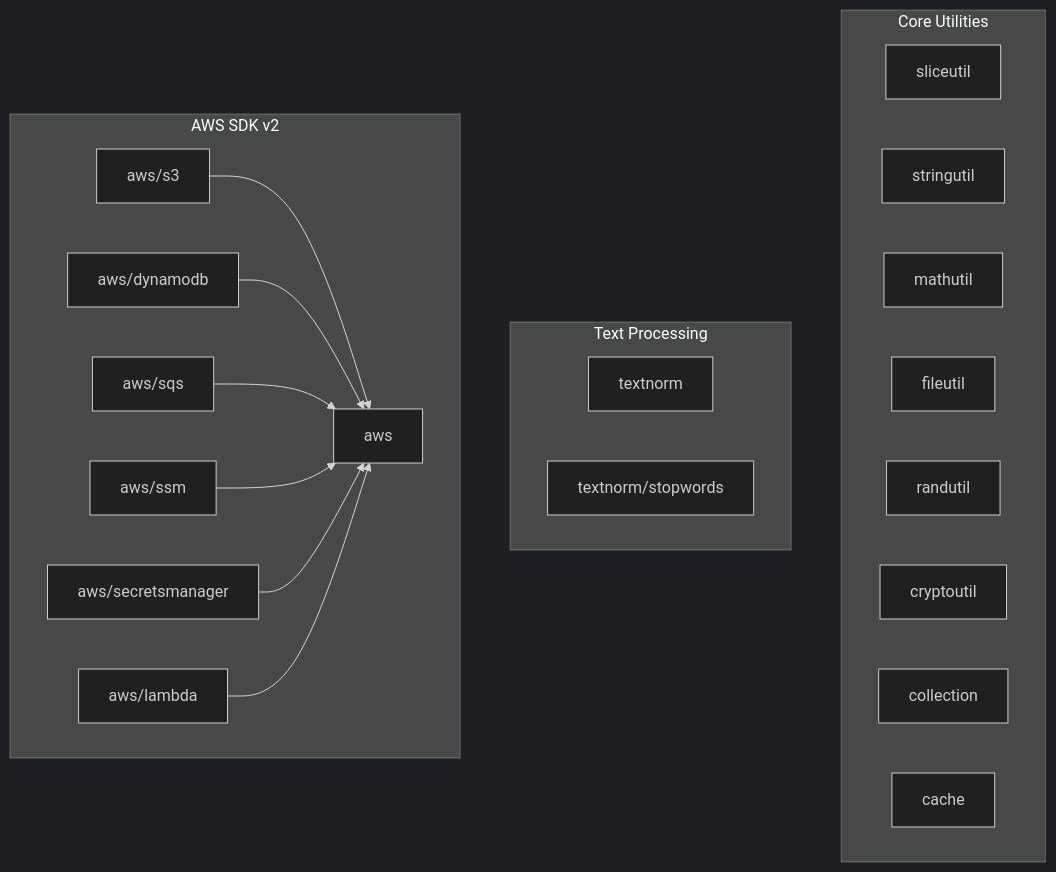
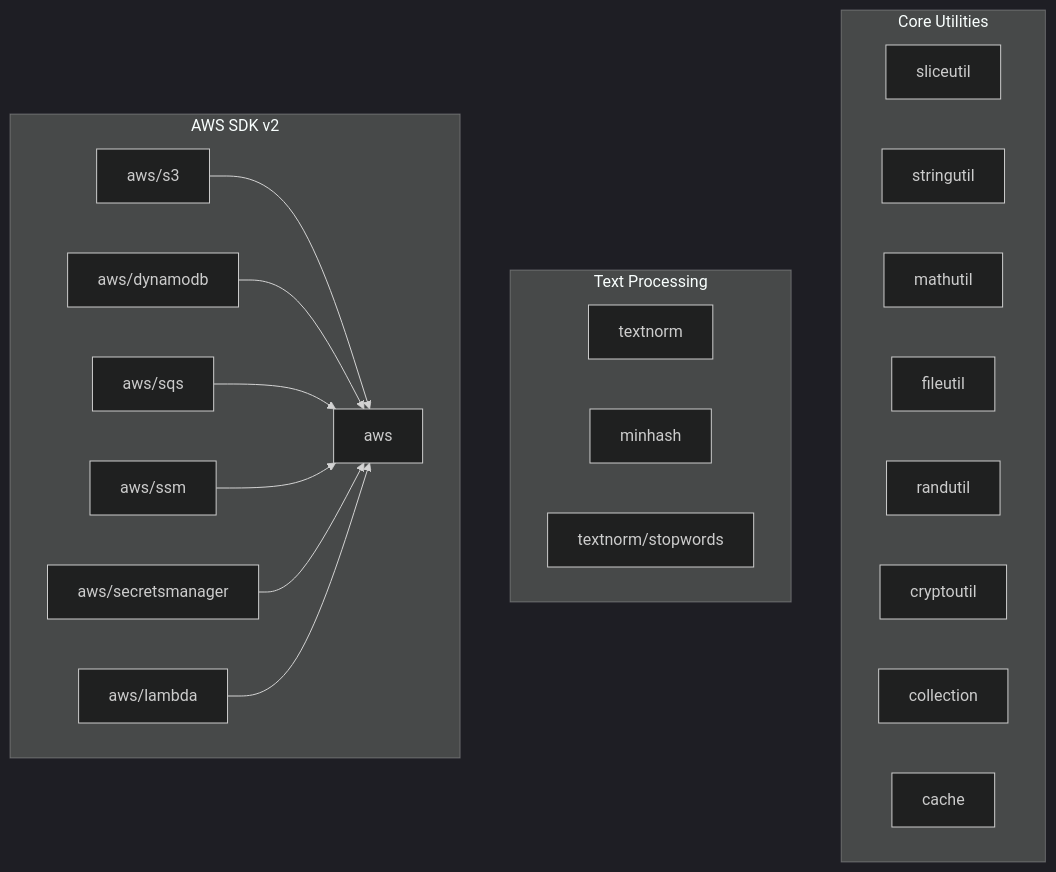
The first of 2 diagrams in docs/index.md (alessiosavi/GoGPUtils), drawn with Mermaid (dark theme) before and after one commit. The commit also changed other lines of this file and 18 other files, not shown here.

````diff
--- a/docs/index.md
+++ b/docs/index.md
@@ -37,35 +37,36 @@
 ```mermaid
 graph TB
     subgraph Core[Core Utilities]
         S[sliceutil]
         ST[stringutil]
         M[mathutil]
         F[fileutil]
         R[randutil]
         C[cryptoutil]
         COL[collection]
         CA[cache]
     end
 
     subgraph Text[Text Processing]
         TN[textnorm]
+        MH[minhash]
         SW[textnorm/stopwords]
     end
 
     subgraph AWS[AWS SDK v2]
         AW[aws]
         S3[aws/s3]
         DDB[aws/dynamodb]
         SQS[aws/sqs]
         SSM[aws/ssm]
         SM[aws/secretsmanager]
         L[aws/lambda]
     end
 
     S3 --> AW
     DDB --> AW
     SQS --> AW
     SSM --> AW
     SM --> AW
     L --> AW
 ```
````
